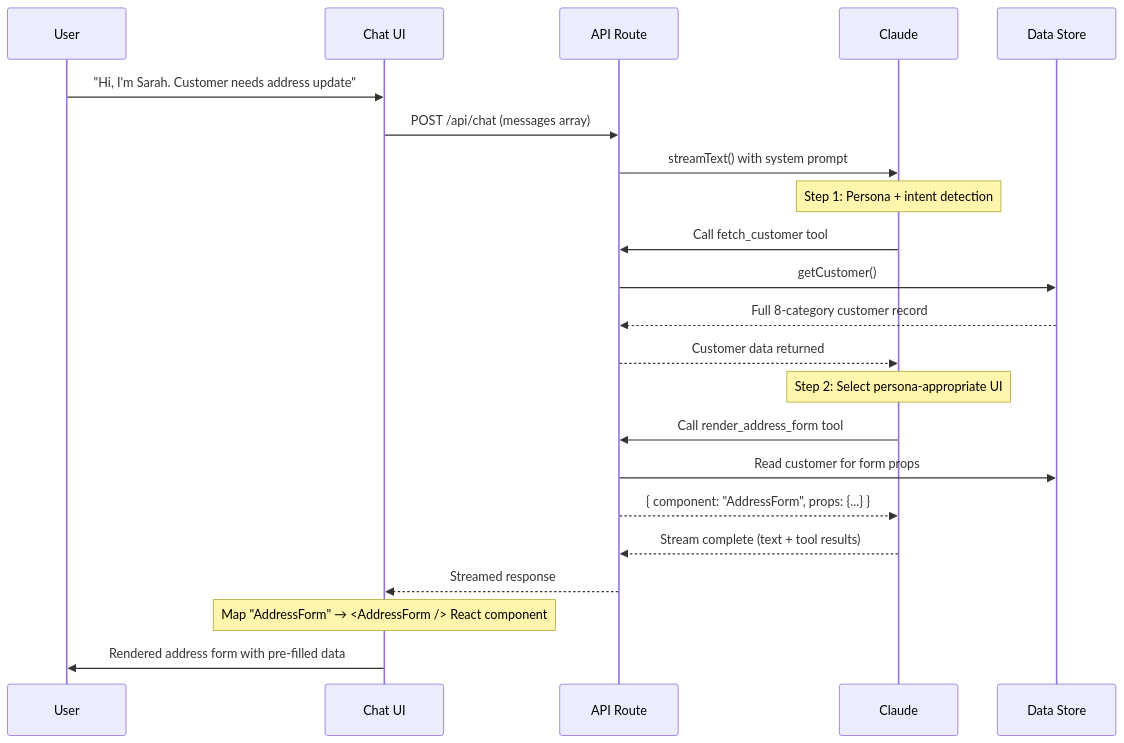
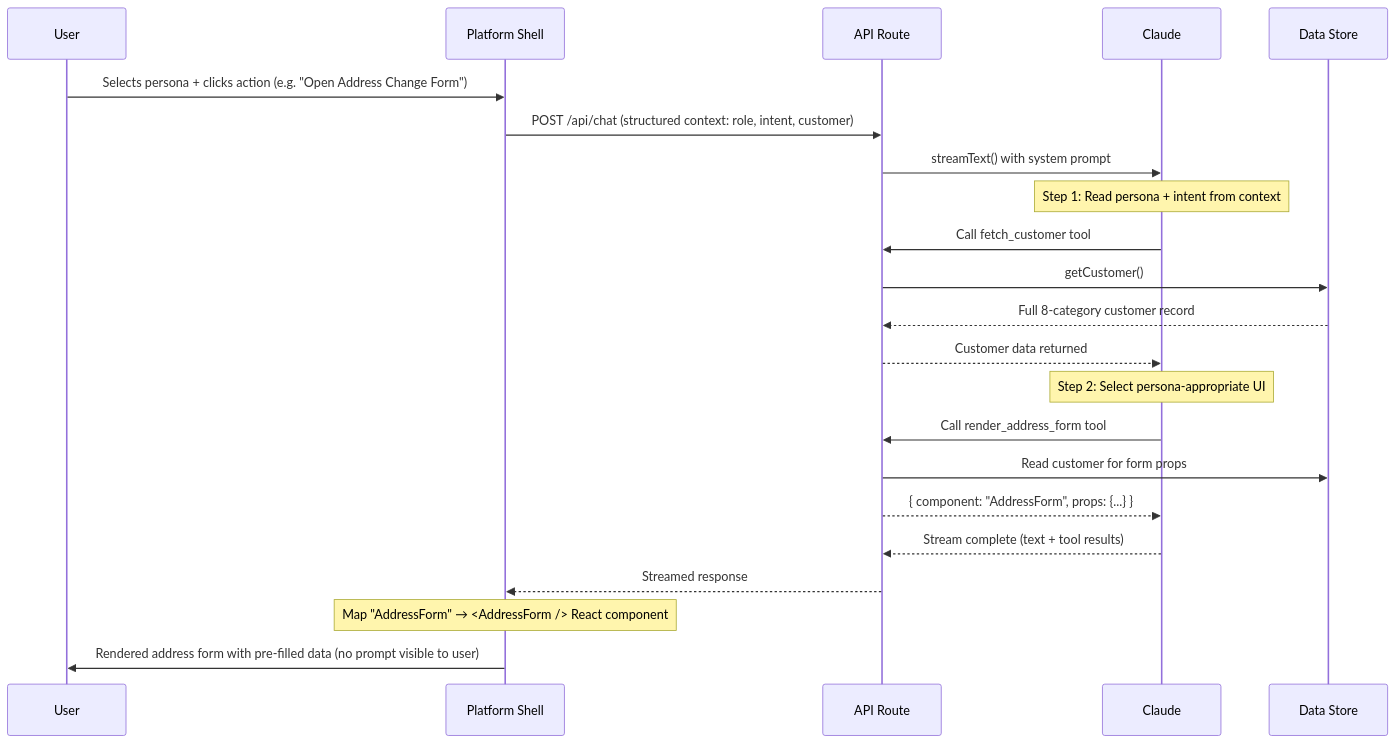
One commit to RajiBhamidipati/canvas-poc changed the second of 3 diagrams in README.md. Above: the diagram before and after it, drawn with Mermaid. The commit also changed other lines of this file, not shown here.

First line of the commit message:
Update README to reflect platform shell UI redesign

````diff
--- a/README.md
+++ b/README.md
@@ -97,28 +97,28 @@
 ```mermaid
 sequenceDiagram
     participant U as User
-    participant C as Chat UI
+    participant C as Platform Shell
     participant A as API Route
     participant L as Claude
     participant D as Data Store
 
-    U->>C: "Hi, I'm Sarah. Customer needs address update"
-    C->>A: POST /api/chat (messages array)
+    U->>C: Selects persona + clicks action (e.g. "Open Address Change Form")
+    C->>A: POST /api/chat (structured context: role, intent, customer)
     A->>L: streamText() with system prompt
 
-    Note over L: Step 1: Persona + intent detection
+    Note over L: Step 1: Read persona + intent from context
     L->>A: Call fetch_customer tool
     A->>D: getCustomer()
     D-->>A: Full 8-category customer record
     A-->>L: Customer data returned
 
     Note over L: Step 2: Select persona-appropriate UI
     L->>A: Call render_address_form tool
     A->>D: Read customer for form props
     A-->>L: { component: "AddressForm", props: {...} }
 
     L-->>A: Stream complete (text + tool results)
     A-->>C: Streamed response
     Note over C: Map "AddressForm" → <AddressForm /> React component
-    C->>U: Rendered address form with pre-filled data
+    C->>U: Rendered address form with pre-filled data (no prompt visible to user)
 ```
````
